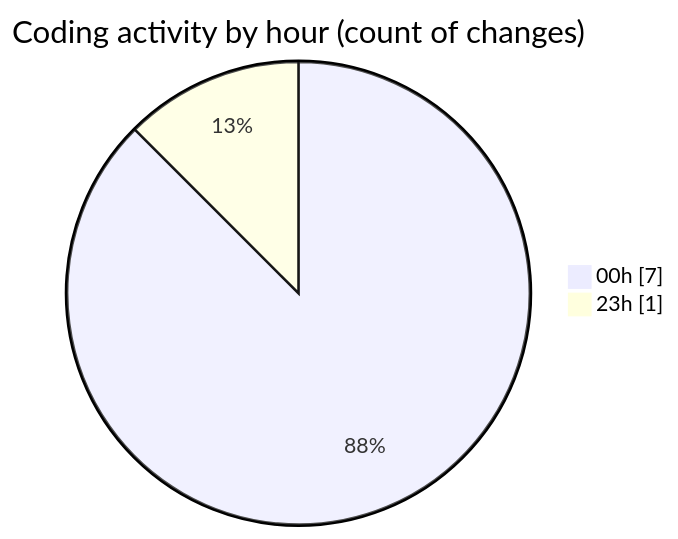
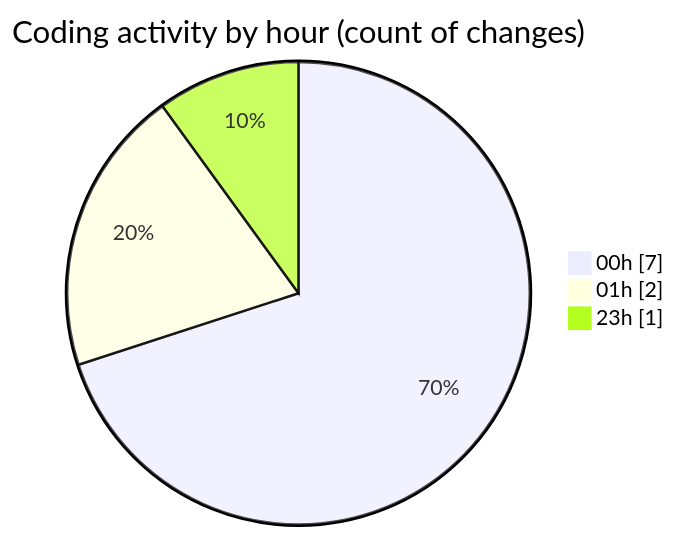
One commit to EIIisD/code-tracking changed the second of 2 diagrams in 2025-07-11/fish/README.md. Above: the diagram before and after it, drawn with Mermaid. The commit also changed other lines of this file and 1 other file, not shown here.

````diff
--- a/2025-07-11/fish/README.md
+++ b/2025-07-11/fish/README.md
@@ -32,6 +33,7 @@
 ```mermaid
 pie showData
 title Coding activity by hour (count of changes)
 "00h" : 7
+"01h" : 2
 "23h" : 1
 ```
````
